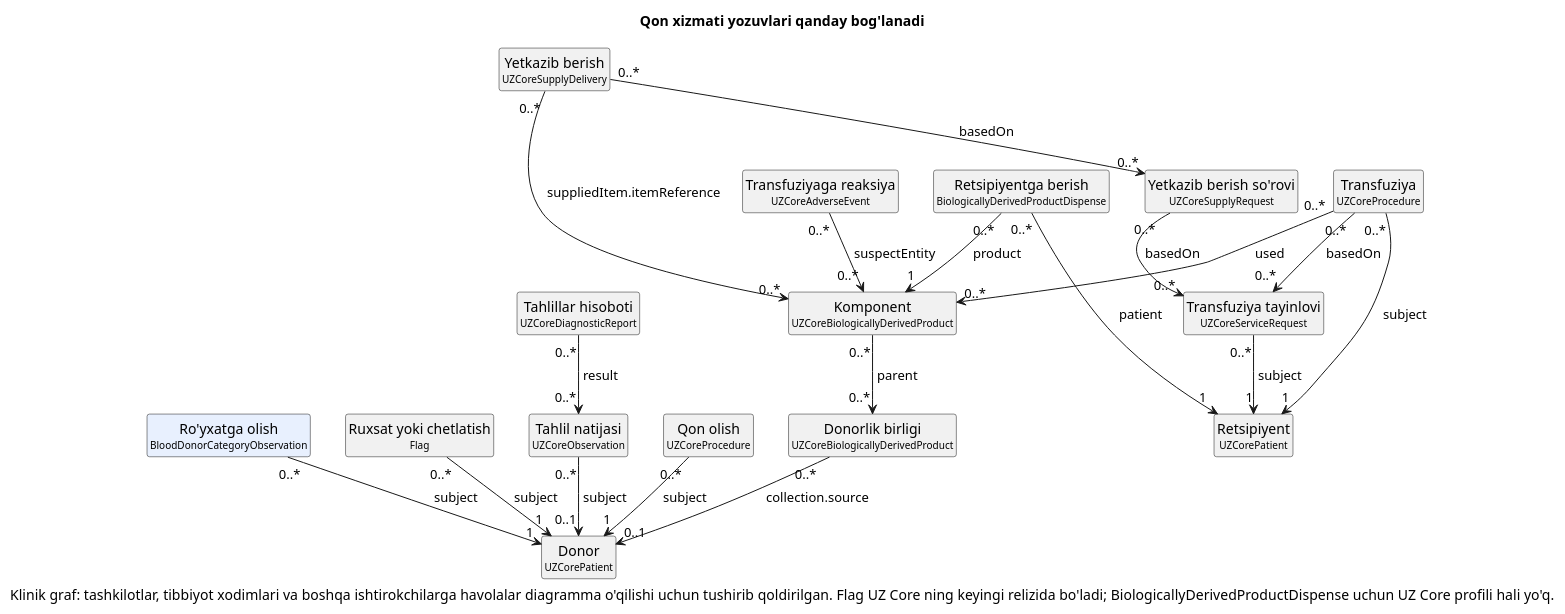
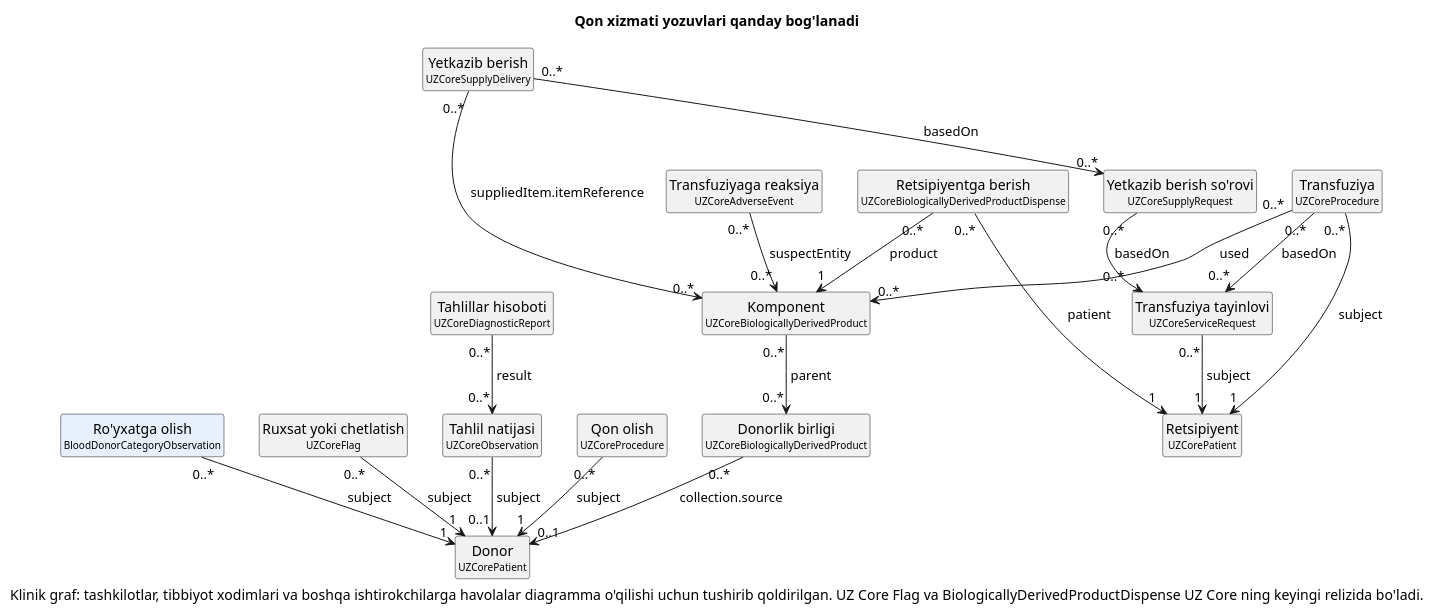
The diagram in input/images-source/blood-management-model-uz.plantuml (uzinfocom-org/digital-health-integration), drawn with PlantUML before and after one commit. The commit also changed 5 other files, not shown here.

```diff
--- a/input/images-source/blood-management-model-uz.plantuml
+++ b/input/images-source/blood-management-model-uz.plantuml
@@ -1,42 +1,42 @@
 @startuml blood-management-model-uz
 hide circle
 hide empty members
 title Qon xizmati yozuvlari qanday bog'lanadi
 
 class "Donor\n<size:10>UZCorePatient</size>" as Donor [[https://dhp.uz/fhir/core/uz/StructureDefinition-uz-core-patient.html{Ochish UZCorePatient}]]
 class "Retsipiyent\n<size:10>UZCorePatient</size>" as Recipient [[https://dhp.uz/fhir/core/uz/StructureDefinition-uz-core-patient.html{Ochish UZCorePatient}]]
 class "Ro'yxatga olish\n<size:10>BloodDonorCategoryObservation</size>" as Reg [[StructureDefinition-blood-donor-category-observation.html{Ochish BloodDonorCategoryObservation}]] #E8F0FE
-class "Ruxsat yoki chetlatish\n<size:10>Flag</size>" as Flag
+class "Ruxsat yoki chetlatish\n<size:10>UZCoreFlag</size>" as Flag
 class "Tahlil natijasi\n<size:10>UZCoreObservation</size>" as Test [[https://dhp.uz/fhir/core/uz/StructureDefinition-uz-core-observation.html{Ochish UZCoreObservation}]]
 class "Tahlillar hisoboti\n<size:10>UZCoreDiagnosticReport</size>" as Report [[https://dhp.uz/fhir/core/uz/StructureDefinition-uz-core-diagnostic-report.html{Ochish UZCoreDiagnosticReport}]]
 class "Qon olish\n<size:10>UZCoreProcedure</size>" as Coll [[https://dhp.uz/fhir/core/uz/StructureDefinition-uz-core-procedure.html{Ochish UZCoreProcedure}]]
 class "Donorlik birligi\n<size:10>UZCoreBiologicallyDerivedProduct</size>" as Unit [[https://dhp.uz/fhir/core/uz/StructureDefinition-uz-core-biologically-derived-product.html{Ochish UZCoreBiologicallyDerivedProduct}]]
 class "Komponent\n<size:10>UZCoreBiologicallyDerivedProduct</size>" as Comp [[https://dhp.uz/fhir/core/uz/StructureDefinition-uz-core-biologically-derived-product.html{Ochish UZCoreBiologicallyDerivedProduct}]]
 class "Transfuziya tayinlovi\n<size:10>UZCoreServiceRequest</size>" as Order [[https://dhp.uz/fhir/core/uz/StructureDefinition-uz-core-servicerequest.html{Ochish UZCoreServiceRequest}]]
 class "Yetkazib berish so'rovi\n<size:10>UZCoreSupplyRequest</size>" as SReq [[https://dhp.uz/fhir/core/uz/StructureDefinition-uz-core-supply-request.html{Ochish UZCoreSupplyRequest}]]
 class "Yetkazib berish\n<size:10>UZCoreSupplyDelivery</size>" as SDel [[https://dhp.uz/fhir/core/uz/StructureDefinition-uz-core-supply-delivery.html{Ochish UZCoreSupplyDelivery}]]
-class "Retsipiyentga berish\n<size:10>BiologicallyDerivedProductDispense</size>" as Disp [[https://hl7.org/fhir/R5/biologicallyderivedproductdispense.html{Ochish BiologicallyDerivedProductDispense}]]
+class "Retsipiyentga berish\n<size:10>UZCoreBiologicallyDerivedProductDispense</size>" as Disp
 class "Transfuziya\n<size:10>UZCoreProcedure</size>" as Tx [[https://dhp.uz/fhir/core/uz/StructureDefinition-uz-core-procedure.html{Ochish UZCoreProcedure}]]
 class "Transfuziyaga reaksiya\n<size:10>UZCoreAdverseEvent</size>" as AE [[https://dhp.uz/fhir/core/uz/StructureDefinition-uz-core-adverse-event.html{Ochish UZCoreAdverseEvent}]]
 
 Reg "0..*" --> "1" Donor : « subject »
 Flag "0..*" --> "1" Donor : « subject »
 Test "0..*" --> "0..1" Donor : « subject »
 Report "0..*" --> "0..*" Test : « result »
 Coll "0..*" --> "1" Donor : « subject »
 Unit "0..*" --> "0..1" Donor : « collection.source »
 Comp "0..*" --> "0..*" Unit : « parent »
 Order "0..*" --> "1" Recipient : « subject »
 SReq "0..*" --> "0..*" Order : « basedOn »
 SDel "0..*" --> "0..*" SReq : « basedOn »
 SDel "0..*" --> "0..*" Comp : « suppliedItem.itemReference »
 Disp "0..*" --> "1" Comp : « product »
 Disp "0..*" --> "1" Recipient : « patient »
 Tx "0..*" --> "0..*" Order : « basedOn »
 Tx "0..*" --> "0..*" Comp : « used »
 Tx "0..*" --> "1" Recipient : « subject »
 AE "0..*" --> "0..*" Comp : « suspectEntity »
 
-caption Klinik graf: tashkilotlar, tibbiyot xodimlari va boshqa ishtirokchilarga havolalar diagramma o'qilishi uchun tushirib qoldirilgan. Flag UZ Core ning keyingi relizida bo'ladi; BiologicallyDerivedProductDispense uchun UZ Core profili hali yo'q.
+caption Klinik graf: tashkilotlar, tibbiyot xodimlari va boshqa ishtirokchilarga havolalar diagramma o'qilishi uchun tushirib qoldirilgan. UZ Core Flag va BiologicallyDerivedProductDispense UZ Core ning keyingi relizida bo'ladi.
 
 @enduml
```
